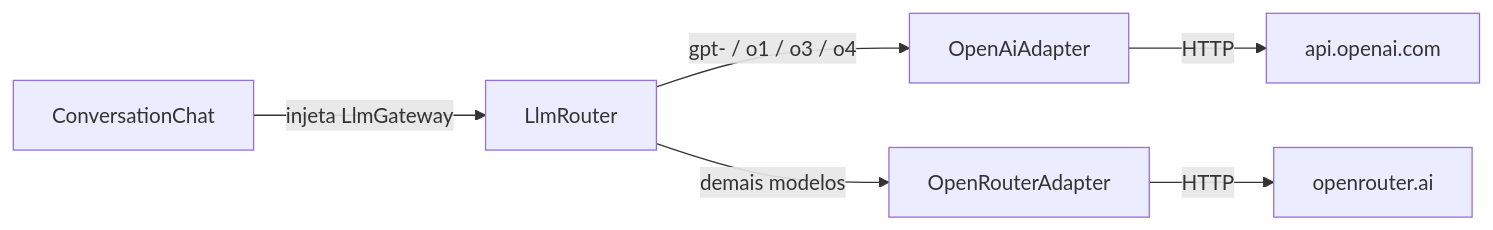
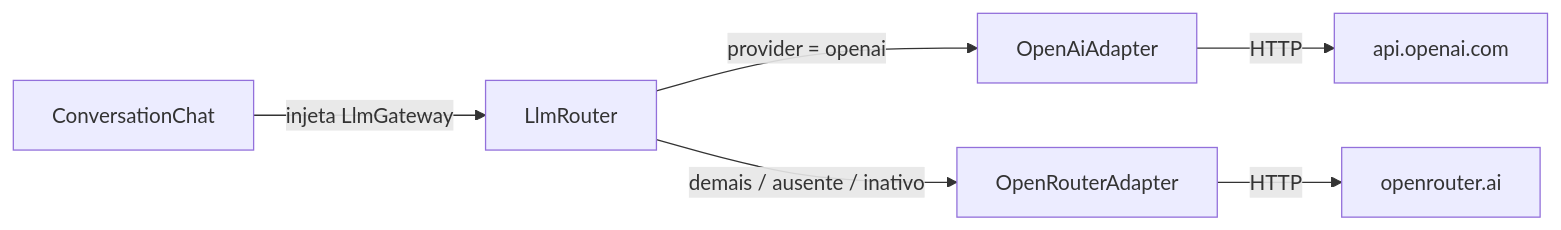
The third of 3 diagrams in README.md (Fredrumond/pm_helper), drawn with Mermaid before and after one commit. The commit also changed other lines of this file and 4 other files, not shown here.

````diff
--- a/README.md
+++ b/README.md
@@ -110,8 +110,8 @@
 ```mermaid
 flowchart LR
     CC[ConversationChat] -->|injeta LlmGateway| LR[LlmRouter]
-    LR -->|"gpt- / o1 / o3 / o4"| OAI[OpenAiAdapter]
-    LR -->|demais modelos| OR[OpenRouterAdapter]
+    LR -->|"provider = openai"| OAI[OpenAiAdapter]
+    LR -->|demais / ausente / inativo| OR[OpenRouterAdapter]
     OAI -->|HTTP| OAIAPI[api.openai.com]
     OR -->|HTTP| ORAPI[openrouter.ai]
 ```
````
